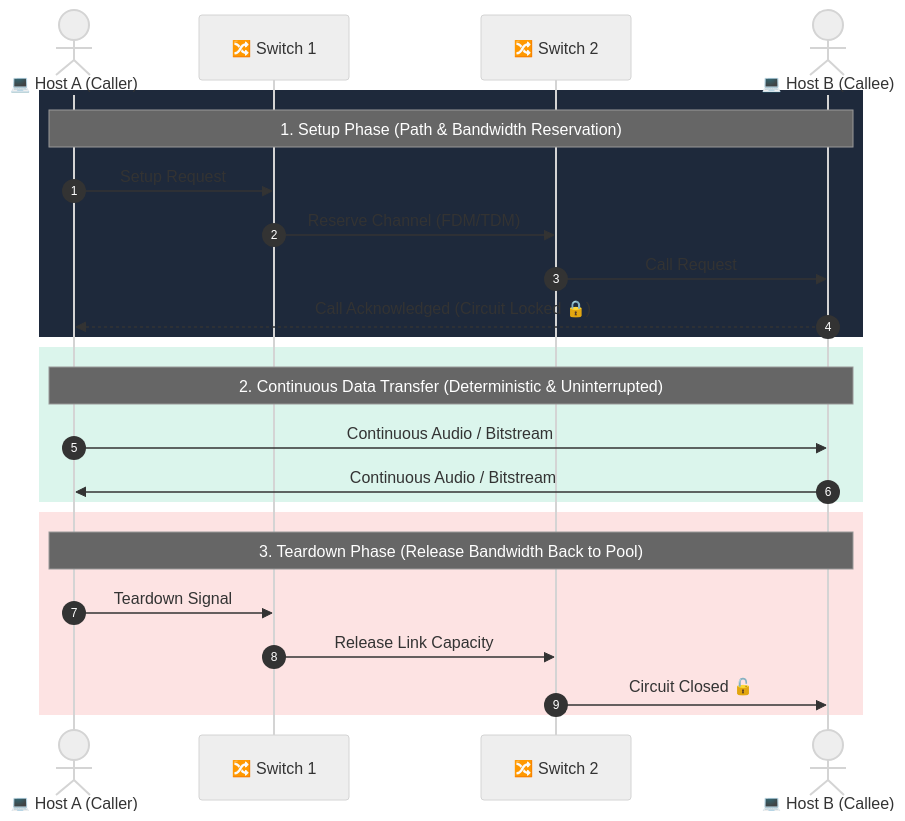
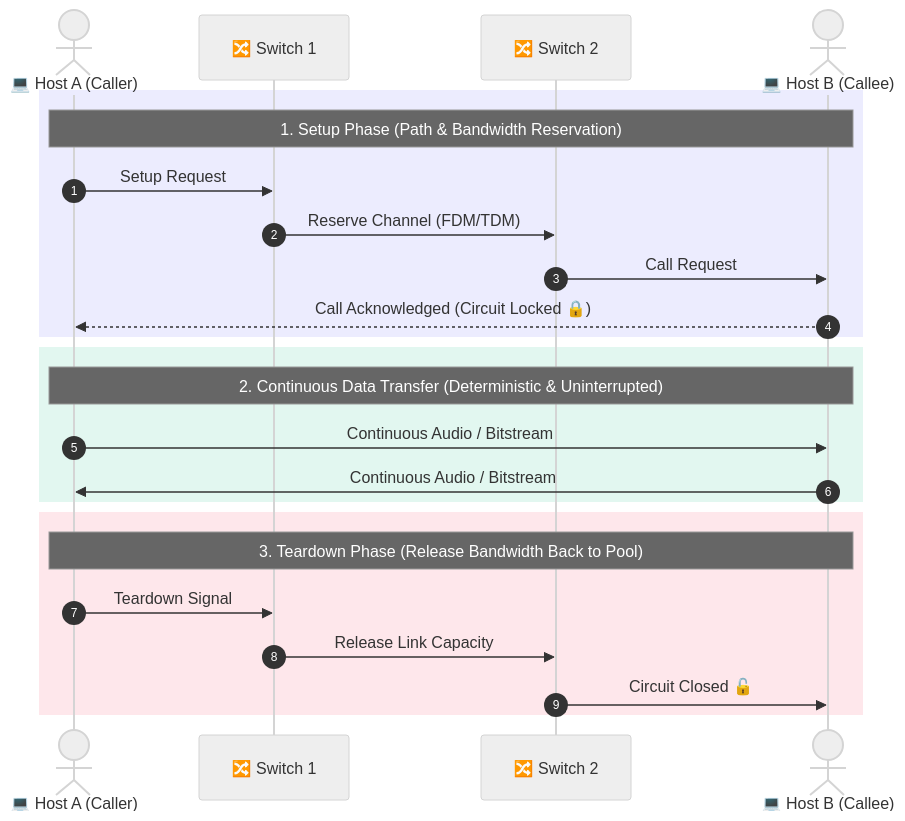
Before and after one commit to abhinavbharti2345/CS_Notes: the first of 4 diagrams in Computer Networking/Switching Techniques - Packet vs Circuit.md, drawn with Mermaid (neutral theme). The commit also changed other lines of this file and 47 other files, not shown here.

Commit message:
docs: add computer science study notes and generate graphify visualization output

````diff
--- a/Computer Networking/Switching Techniques - Packet vs Circuit.md
+++ b/Computer Networking/Switching Techniques - Packet vs Circuit.md
@@ -24,29 +24,29 @@
 ```mermaid
 sequenceDiagram
     autonumber
     actor A as 💻 Host A (Caller)
     participant S1 as 🔀 Switch 1
     participant S2 as 🔀 Switch 2
     actor B as 💻 Host B (Callee)
 
-    rect rgb(30, 41, 59)
+    rect rgba(99, 102, 241, 0.12)
         Note over A,B: 1. Setup Phase (Path & Bandwidth Reservation)
         A->>S1: Setup Request
         S1->>S2: Reserve Channel (FDM/TDM)
         S2->>B: Call Request
         B-->>A: Call Acknowledged (Circuit Locked 🔒)
     end
 
-    rect rgb(16, 185, 129, 0.15)
+    rect rgba(16, 185, 129, 0.12)
         Note over A,B: 2. Continuous Data Transfer (Deterministic & Uninterrupted)
         A->>B: Continuous Audio / Bitstream
         B->>A: Continuous Audio / Bitstream
     end
 
-    rect rgb(239, 68, 68, 0.15)
+    rect rgba(244, 63, 94, 0.12)
         Note over A,B: 3. Teardown Phase (Release Bandwidth Back to Pool)
         A->>S1: Teardown Signal
         S1->>S2: Release Link Capacity
         S2->>B: Circuit Closed 🔓
     end
 ```
````
